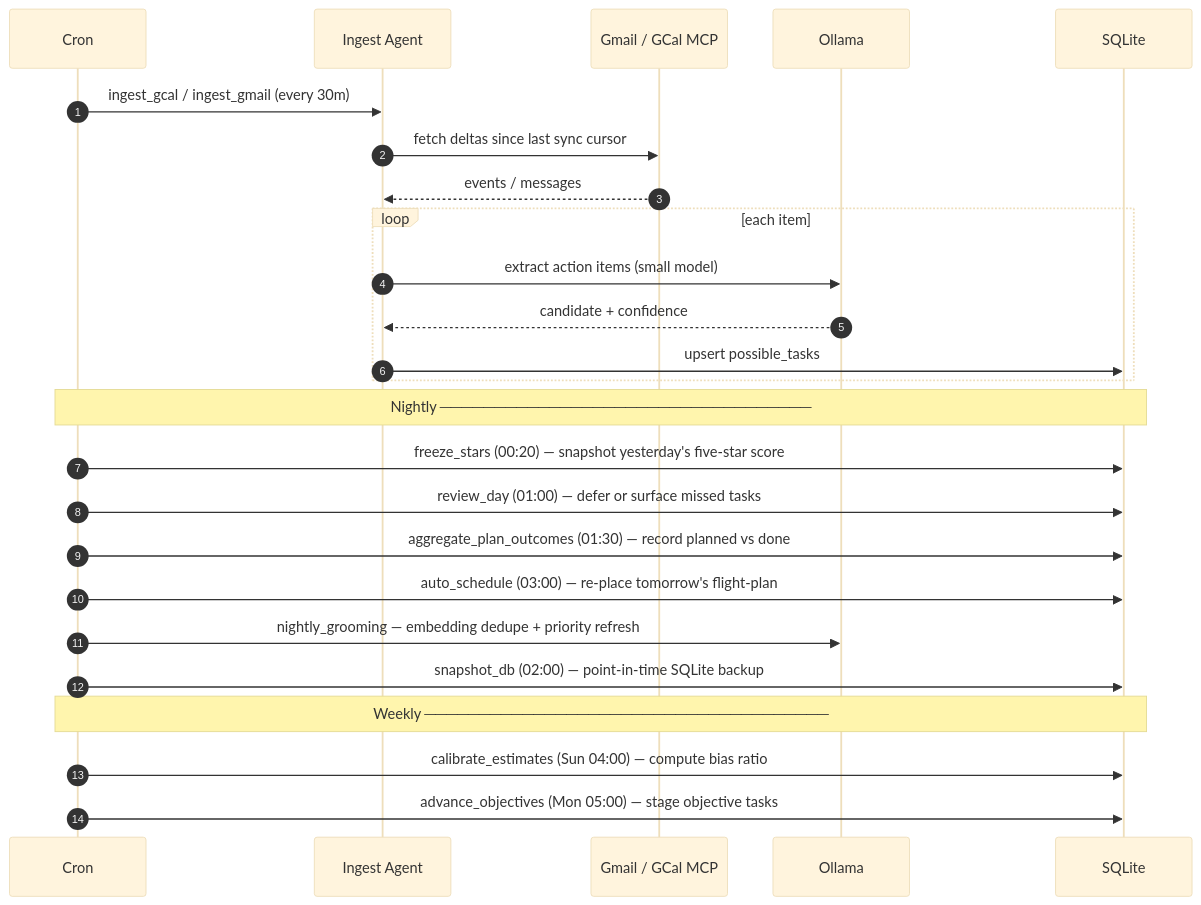
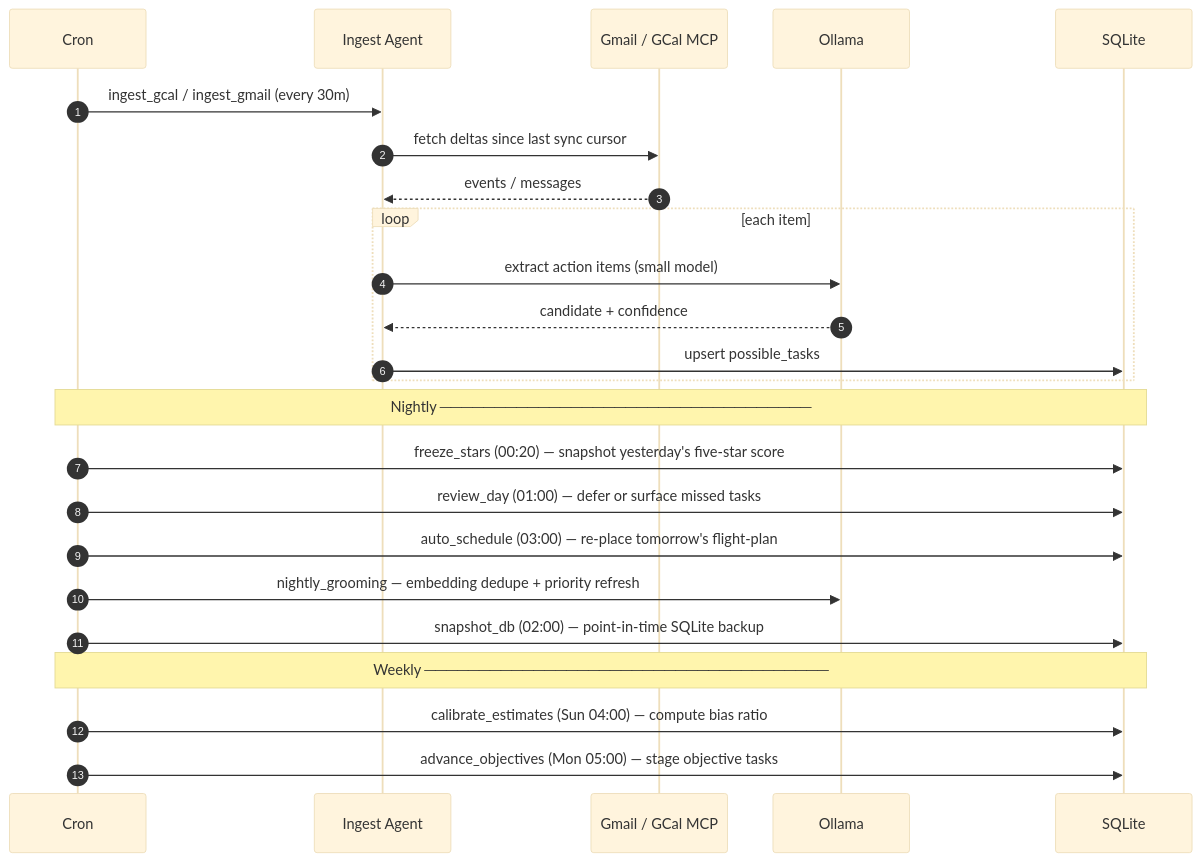
The third of 6 diagrams in ARCHITECTURE.md (companionintelligence/CI-Planning), drawn with Mermaid (base theme) before and after one commit. The commit also changed other lines of this file and 9 other files, not shown here.

````diff
--- a/ARCHITECTURE.md
+++ b/ARCHITECTURE.md
@@ -205,30 +204,29 @@
 ```mermaid
 sequenceDiagram
     autonumber
     participant Cron
     participant Ing as Ingest Agent
     participant MCP as Gmail / GCal MCP
     participant LLM as Ollama
     participant DB as SQLite
 
     Cron->>Ing: ingest_gcal / ingest_gmail (every 30m)
     Ing->>MCP: fetch deltas since last sync cursor
     MCP-->>Ing: events / messages
     loop each item
         Ing->>LLM: extract action items (small model)
         LLM-->>Ing: candidate + confidence
         Ing->>DB: upsert possible_tasks
     end
 
     Note over Cron,DB: Nightly ──────────────────────────────────
     Cron->>DB: freeze_stars (00:20) — snapshot yesterday's five-star score
     Cron->>DB: review_day (01:00) — defer or surface missed tasks
-    Cron->>DB: aggregate_plan_outcomes (01:30) — record planned vs done
     Cron->>DB: auto_schedule (03:00) — re-place tomorrow's flight-plan
     Cron->>LLM: nightly_grooming — embedding dedupe + priority refresh
     Cron->>DB: snapshot_db (02:00) — point-in-time SQLite backup
 
     Note over Cron,DB: Weekly ─────────────────────────────────────
     Cron->>DB: calibrate_estimates (Sun 04:00) — compute bias ratio
     Cron->>DB: advance_objectives (Mon 05:00) — stage objective tasks
 ```
````
